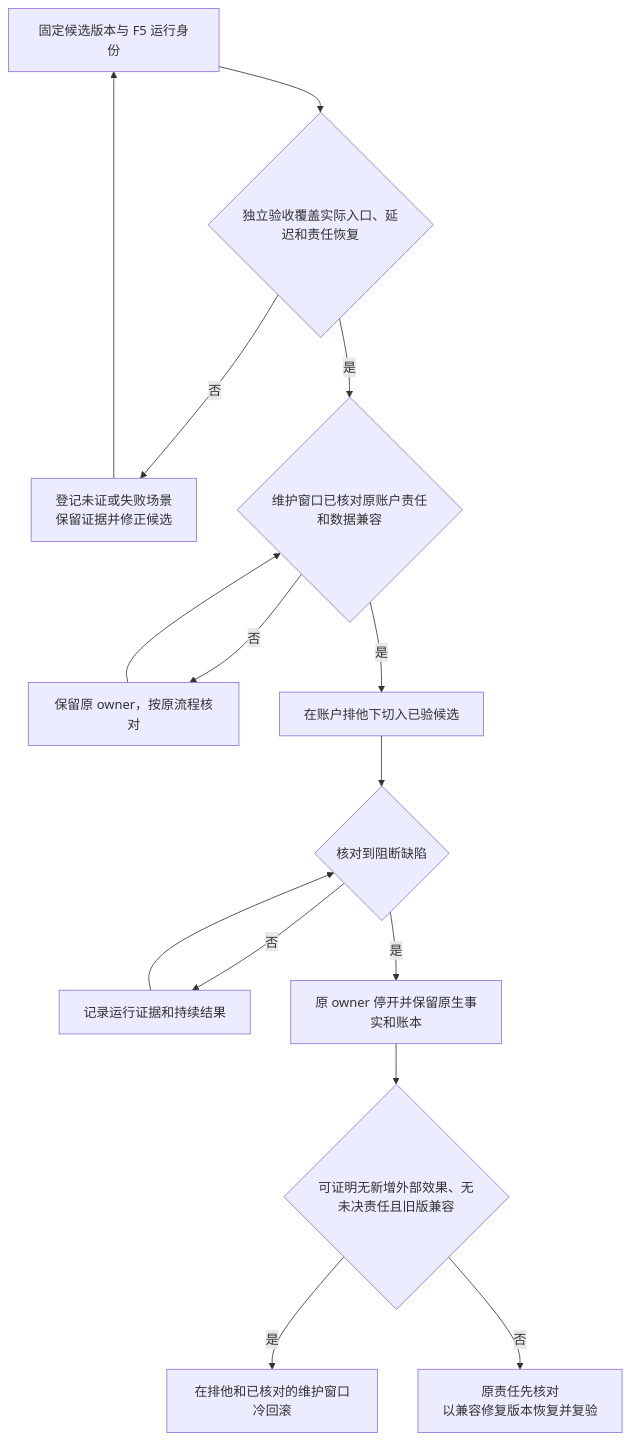
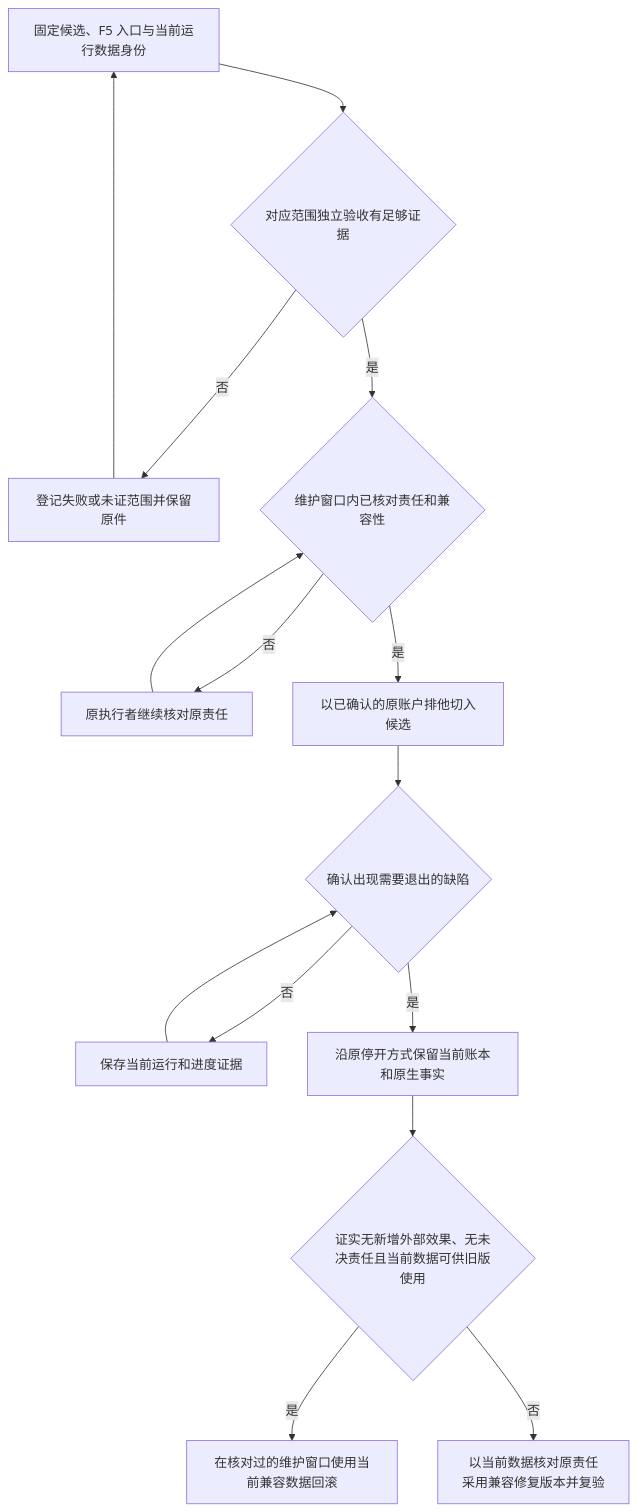
The eighth of 8 diagrams in docs/clock-market-data-stability-implementation-plan-20261118.md (Yoruto/OnlineTrader), drawn with Mermaid before and after one commit. The commit also changed other lines of this file, not shown here.

````diff
--- a/docs/clock-market-data-stability-implementation-plan-20261118.md
+++ b/docs/clock-market-data-stability-implementation-plan-20261118.md
@@ -371,17 +422,17 @@
 ```mermaid
 flowchart TD
-    A["固定候选版本与 F5 运行身份"] --> B{"独立验收覆盖实际入口、延迟和责任恢复"}
-    B -->|否| C["登记未证或失败场景<br/>保留证据并修正候选"]
+    A["固定候选、F5 入口与当前运行数据身份"] --> B{"对应范围独立验收有足够证据"}
+    B -->|否| C["登记失败或未证范围并保留原件"]
     C --> A
-    B -->|是| D{"维护窗口已核对原账户责任和数据兼容"}
-    D -->|否| E["保留原 owner，按原流程核对"]
+    B -->|是| D{"维护窗口内已核对责任和兼容性"}
+    D -->|否| E["原执行者继续核对原责任"]
     E --> D
-    D -->|是| F["在账户排他下切入已验候选"]
-    F --> G{"核对到阻断缺陷"}
-    G -->|否| H["记录运行证据和持续结果"]
+    D -->|是| F["以已确认的原账户排他切入候选"]
+    F --> G{"确认出现需要退出的缺陷"}
+    G -->|否| H["保存当前运行和进度证据"]
     H --> G
-    G -->|是| I["原 owner 停开并保留原生事实和账本"]
-    I --> J{"可证明无新增外部效果、无未决责任且旧版兼容"}
-    J -->|是| K["在排他和已核对的维护窗口冷回滚"]
-    J -->|否| L["原责任先核对<br/>以兼容修复版本恢复并复验"]
+    G -->|是| I["沿原停开方式保留当前账本和原生事实"]
+    I --> J{"证实无新增外部效果、无未决责任且当前数据可供旧版使用"}
+    J -->|是| K["在核对过的维护窗口使用当前兼容数据回滚"]
+    J -->|否| L["以当前数据核对原责任<br/>采用兼容修复版本并复验"]
 ```
````
